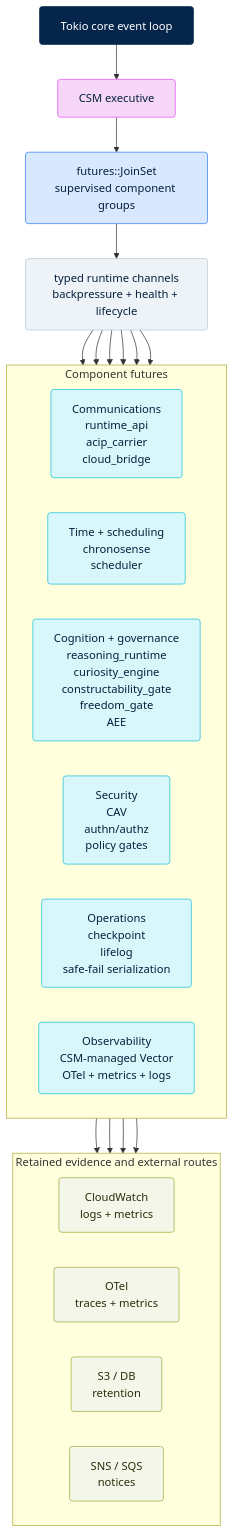
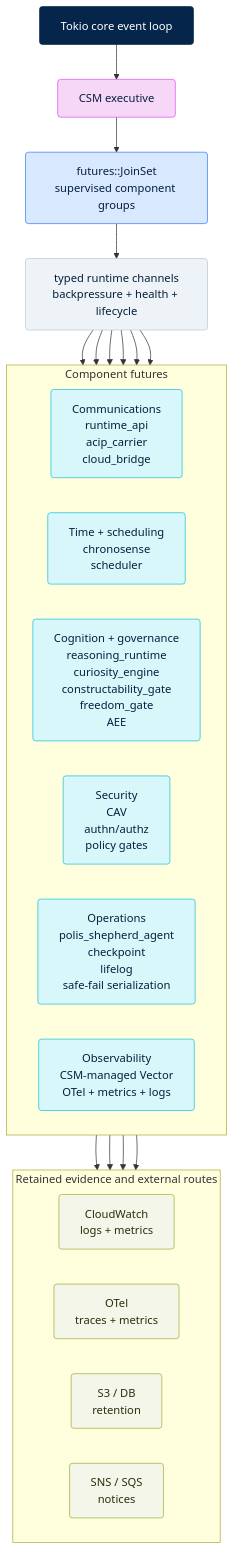
The diagram in docs/milestones/v0.91.7/review/runtime/csm_runtime_topology_5068.mmd (agent-logic/agent-design-language), drawn with Mermaid before and after one commit. The commit also changed 13 other files, not shown here.

Commit message:
[v0.91.7][WP-07A][runtime] Implement polis Shepherd Agent as CSM operator agent (Closes #5135)

```diff
--- a/docs/milestones/v0.91.7/review/runtime/csm_runtime_topology_5068.mmd
+++ b/docs/milestones/v0.91.7/review/runtime/csm_runtime_topology_5068.mmd
@@ -1,51 +1,51 @@
 flowchart TD
   tokio["Tokio core event loop"]
   main["CSM executive"]
   supervisor["futures::JoinSet<br/>supervised component groups"]
   bus["typed runtime channels<br/>backpressure + health + lifecycle"]
 
   tokio --> main --> supervisor --> bus
 
   subgraph groups["Component futures"]
     direction LR
     communications["Communications<br/>runtime_api<br/>acip_carrier<br/>cloud_bridge"]
     temporal["Time + scheduling<br/>chronosense<br/>scheduler"]
     cognition["Cognition + governance<br/>reasoning_runtime<br/>curiosity_engine<br/>constructability_gate<br/>freedom_gate<br/>AEE"]
     security["Security<br/>CAV<br/>authn/authz<br/>policy gates"]
-    operations["Operations<br/>checkpoint<br/>lifelog<br/>safe-fail serialization"]
+    operations["Operations<br/>polis_shepherd_agent<br/>checkpoint<br/>lifelog<br/>safe-fail serialization"]
     observability["Observability<br/>CSM-managed Vector<br/>OTel + metrics + logs"]
   end
 
   bus --> communications
   bus --> temporal
   bus --> cognition
   bus --> security
   bus --> operations
   bus --> observability
 
   subgraph sinks["Retained evidence and external routes"]
     direction LR
     cloudwatch["CloudWatch<br/>logs + metrics"]
     otel["OTel<br/>traces + metrics"]
     storage["S3 / DB<br/>retention"]
     notices["SNS / SQS<br/>notices"]
   end
 
   observability --> cloudwatch
   observability --> otel
   operations --> storage
   communications --> notices
 
   classDef core fill:#05264a,stroke:#05264a,color:#ffffff,rx:4,ry:4;
   classDef task fill:#f6d7f7,stroke:#e34cf2,color:#061f3d,rx:4,ry:4;
   classDef set fill:#d8e8ff,stroke:#2f7df6,color:#061f3d,rx:4,ry:4;
   classDef bus fill:#eef3f8,stroke:#b9c7d3,color:#061f3d,rx:4,ry:4;
   classDef component fill:#d7f7fb,stroke:#18bfd6,color:#061f3d,rx:4,ry:4;
   classDef sink fill:#f3f6e8,stroke:#9aae39,color:#26310c,rx:4,ry:4;
 
   class tokio core;
   class main task;
   class supervisor set;
   class bus bus;
   class communications,temporal,cognition,security,operations,observability component;
   class cloudwatch,otel,storage,notices sink;
```
